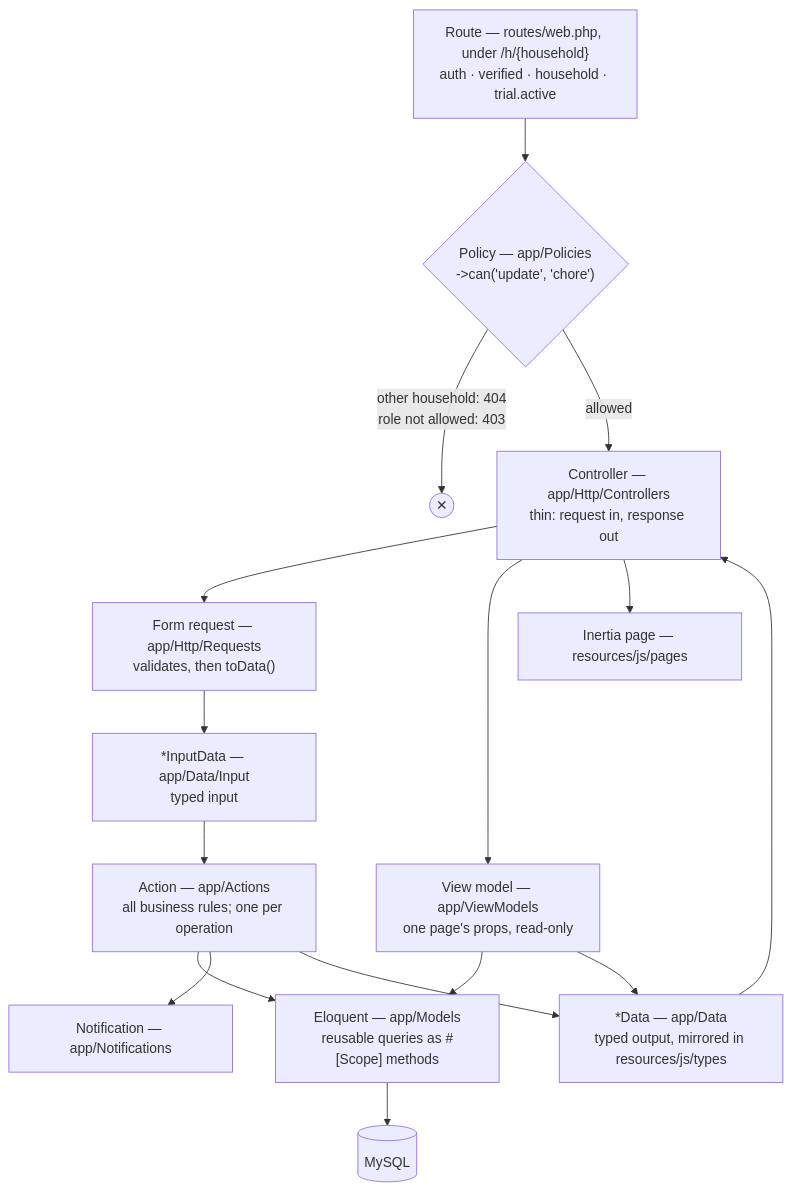
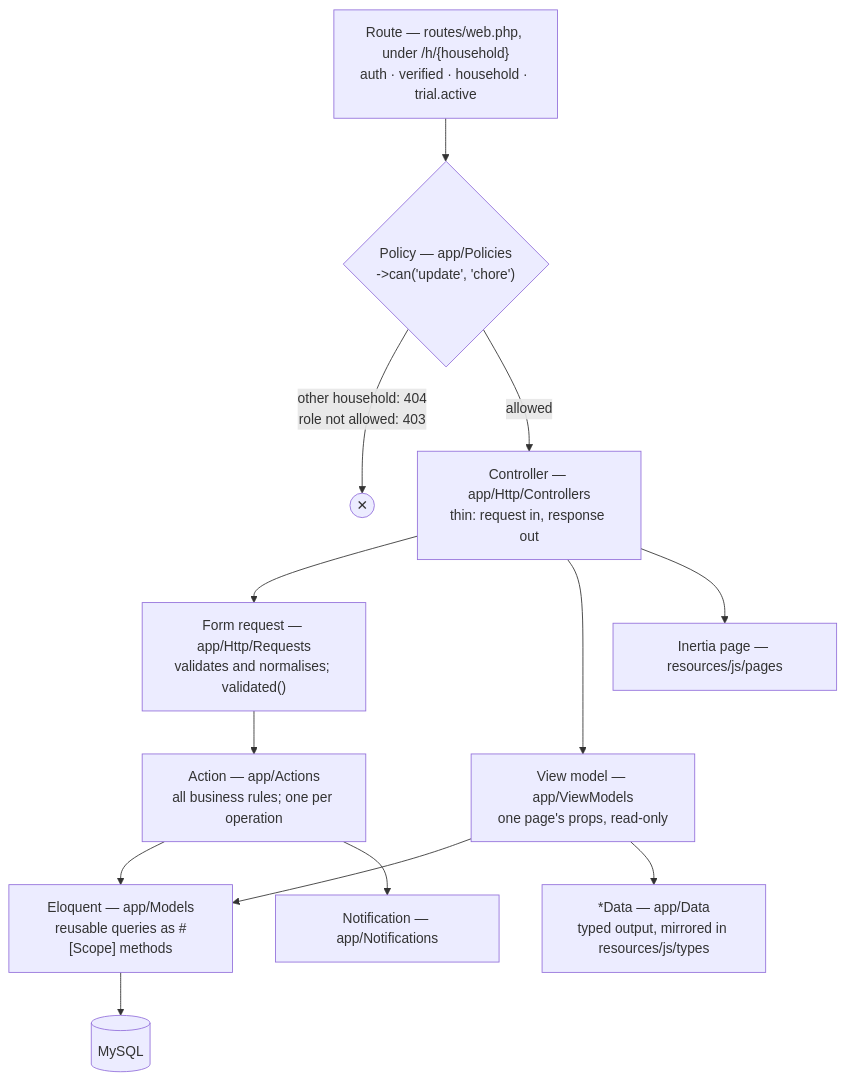
The fourth of 5 diagrams in README.md (owensanders/ryh), drawn with Mermaid before and after one commit. The commit also changed other lines of this file and 5 other files, not shown here.

````diff
--- a/README.md
+++ b/README.md
@@ -245,26 +245,24 @@
 ```mermaid
 flowchart TD
     route["Route — routes/web.php, under /h/{household}<br/>auth · verified · household · trial.active"]
     policy{"Policy — app/Policies<br/>->can('update', 'chore')"}
     controller["Controller — app/Http/Controllers<br/>thin: request in, response out"]
-    request["Form request — app/Http/Requests<br/>validates, then toData()"]
-    input["*InputData — app/Data/Input<br/>typed input"]
+    request["Form request — app/Http/Requests<br/>validates and normalises; validated()"]
     usecase["Action — app/Actions<br/>all business rules; one per operation"]
     viewmodel["View model — app/ViewModels<br/>one page's props, read-only"]
     repo["Eloquent — app/Models<br/>reusable queries as #[Scope] methods"]
     db[("MySQL")]
     data["*Data — app/Data<br/>typed output, mirrored in resources/js/types"]
     page["Inertia page — resources/js/pages"]
     notification["Notification — app/Notifications"]
 
     route --> policy
     policy -- "other household: 404<br/>role not allowed: 403" --> stop(("✕"))
     policy -- "allowed" --> controller
-    controller --> request --> input --> usecase
+    controller --> request --> usecase
     usecase --> repo --> db
     usecase --> notification
-    usecase --> data --> controller
     controller --> viewmodel --> repo
     viewmodel --> data
     controller --> page
 ```
````
